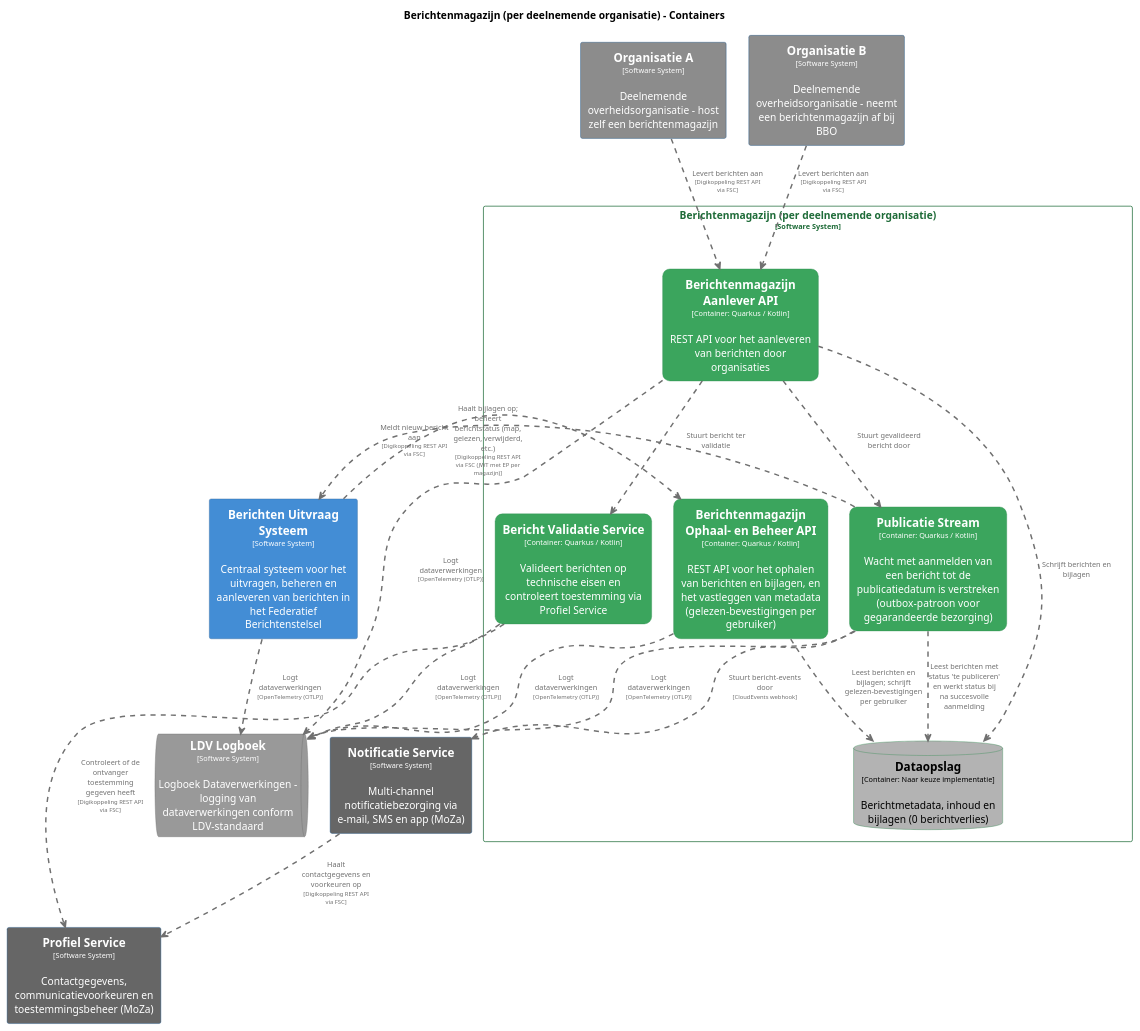
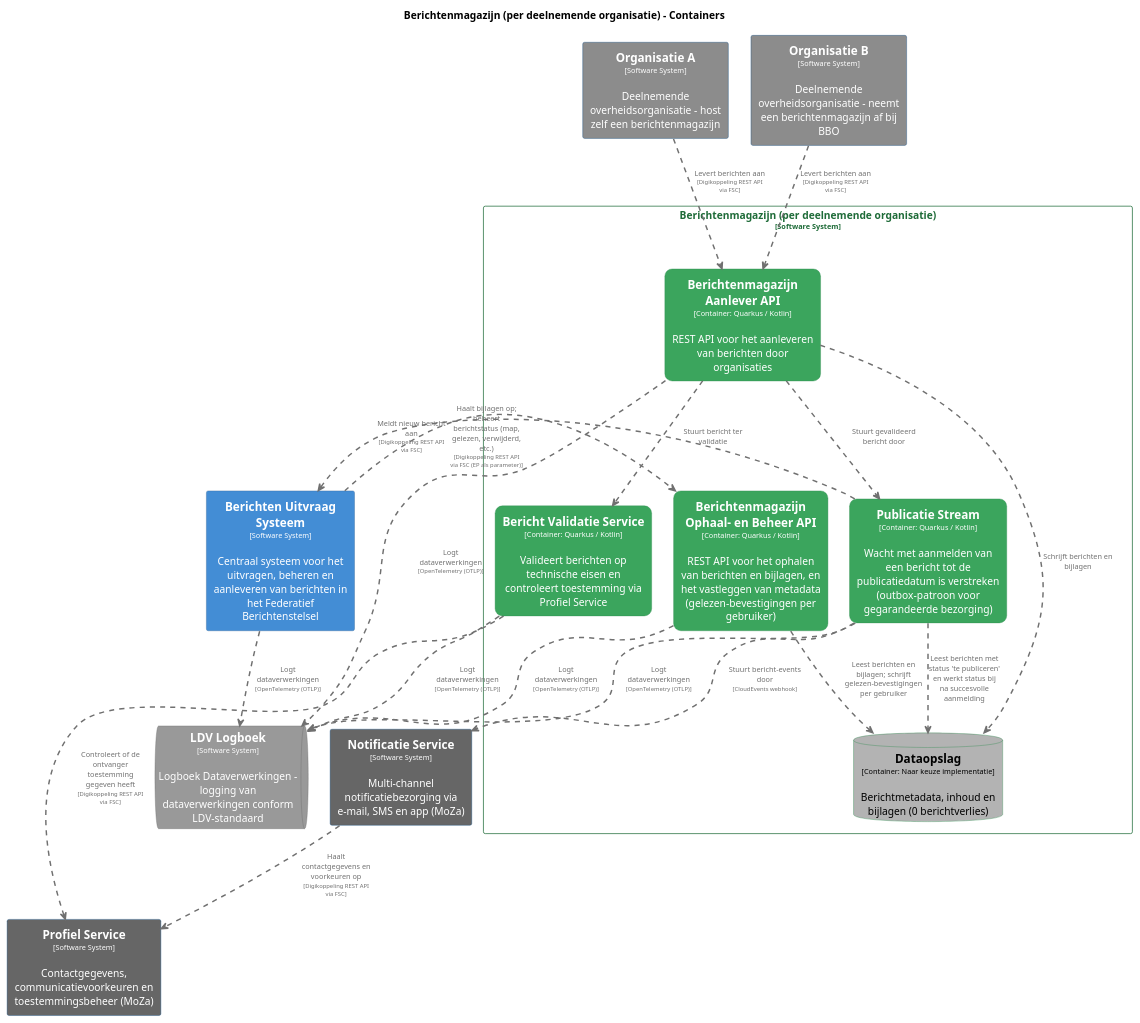
The diagram in pr-preview/pr-22/master/puml/BerichtenmagazijnContainers.puml (MinBZK/moza-poc-fbs-berichtenbox), drawn with PlantUML before and after one commit. The commit also changed 22 other files, not shown here.

```diff
--- a/pr-preview/pr-22/master/puml/BerichtenmagazijnContainers.puml
+++ b/pr-preview/pr-22/master/puml/BerichtenmagazijnContainers.puml
@@ -1,126 +1,126 @@
 @startuml
 set separator none
 title Berichtenmagazijn (per deelnemende organisatie) - Containers
 
 top to bottom direction
 skinparam ranksep 60
 skinparam nodesep 30
 
 skinparam {
   arrowFontSize 10
   defaultTextAlignment center
   wrapWidth 200
   maxMessageSize 100
 }
 
 hide stereotype
 
 skinparam rectangle<<Berichtenmagazijnperdeelnemendeorganisatie.BerichtValidatieService>> {
   BackgroundColor #3ba55d
   FontColor #ffffff
   BorderColor #2d8a4e
   roundCorner 20
   shadowing false
 }
 skinparam rectangle<<BerichtenUitvraagSysteem>> {
   BackgroundColor #438dd5
   FontColor #ffffff
   BorderColor #2e6295
   shadowing false
 }
 skinparam rectangle<<Berichtenmagazijnperdeelnemendeorganisatie.BerichtenmagazijnAanleverAPI>> {
   BackgroundColor #3ba55d
   FontColor #ffffff
   BorderColor #2d8a4e
   roundCorner 20
   shadowing false
 }
 skinparam rectangle<<Berichtenmagazijnperdeelnemendeorganisatie.BerichtenmagazijnOphaalenBeheerAPI>> {
   BackgroundColor #3ba55d
   FontColor #ffffff
   BorderColor #2d8a4e
   roundCorner 20
   shadowing false
 }
 skinparam database<<Berichtenmagazijnperdeelnemendeorganisatie.Dataopslag>> {
   BackgroundColor #b3b3b3
   FontColor #000000
   BorderColor #2d8a4e
   shadowing false
 }
 skinparam queue<<LDVLogboek>> {
   BackgroundColor #999999
   FontColor #ffffff
   BorderColor #6b6b6b
   shadowing false
 }
 skinparam rectangle<<NotificatieService>> {
   BackgroundColor #666666
   FontColor #ffffff
   BorderColor #0b4884
   shadowing false
 }
 skinparam rectangle<<OrganisatieA>> {
   BackgroundColor #8c8c8c
   FontColor #ffffff
   BorderColor #0b4884
   shadowing false
 }
 skinparam rectangle<<OrganisatieB>> {
   BackgroundColor #8c8c8c
   FontColor #ffffff
   BorderColor #0b4884
   shadowing false
 }
 skinparam rectangle<<ProfielService>> {
   BackgroundColor #666666
   FontColor #ffffff
   BorderColor #0b4884
   shadowing false
 }
 skinparam rectangle<<Berichtenmagazijnperdeelnemendeorganisatie.PublicatieStream>> {
   BackgroundColor #3ba55d
   FontColor #ffffff
   BorderColor #2d8a4e
   roundCorner 20
   shadowing false
 }
 skinparam rectangle<<Berichtenmagazijnperdeelnemendeorganisatie>> {
   BorderColor #1e6b38
   FontColor #1e6b38
   shadowing false
 }
 
 rectangle "==Profiel Service\n<size:10>[Software System]</size>\n\nContactgegevens, communicatievoorkeuren en toestemmingsbeheer (MoZa)" <<ProfielService>> as ProfielService
 rectangle "==Notificatie Service\n<size:10>[Software System]</size>\n\nMulti-channel notificatiebezorging via e-mail, SMS en app (MoZa)" <<NotificatieService>> as NotificatieService
 rectangle "==Organisatie A\n<size:10>[Software System]</size>\n\nDeelnemende overheidsorganisatie - host zelf een berichtenmagazijn" <<OrganisatieA>> as OrganisatieA
 rectangle "==Organisatie B\n<size:10>[Software System]</size>\n\nDeelnemende overheidsorganisatie - neemt een berichtenmagazijn af bij BBO" <<OrganisatieB>> as OrganisatieB
 rectangle "==Berichten Uitvraag Systeem\n<size:10>[Software System]</size>\n\nCentraal systeem voor het uitvragen, beheren en aanleveren van berichten in het Federatief Berichtenstelsel" <<BerichtenUitvraagSysteem>> as BerichtenUitvraagSysteem
 queue "==LDV Logboek\n<size:10>[Software System]</size>\n\nLogboek Dataverwerkingen - logging van dataverwerkingen conform LDV-standaard" <<LDVLogboek>> as LDVLogboek
 
 rectangle "Berichtenmagazijn (per deelnemende organisatie)\n<size:10>[Software System]</size>" <<Berichtenmagazijnperdeelnemendeorganisatie>> {
   rectangle "==Berichtenmagazijn Ophaal- en Beheer API\n<size:10>[Container: Quarkus / Kotlin]</size>\n\nREST API voor het ophalen van berichten en bijlagen, en het vastleggen van metadata (gelezen-bevestigingen per gebruiker)" <<Berichtenmagazijnperdeelnemendeorganisatie.BerichtenmagazijnOphaalenBeheerAPI>> as Berichtenmagazijnperdeelnemendeorganisatie.BerichtenmagazijnOphaalenBeheerAPI
   rectangle "==Berichtenmagazijn Aanlever API\n<size:10>[Container: Quarkus / Kotlin]</size>\n\nREST API voor het aanleveren van berichten door organisaties" <<Berichtenmagazijnperdeelnemendeorganisatie.BerichtenmagazijnAanleverAPI>> as Berichtenmagazijnperdeelnemendeorganisatie.BerichtenmagazijnAanleverAPI
   database "==Dataopslag\n<size:10>[Container: Naar keuze implementatie]</size>\n\nBerichtmetadata, inhoud en bijlagen (0 berichtverlies)" <<Berichtenmagazijnperdeelnemendeorganisatie.Dataopslag>> as Berichtenmagazijnperdeelnemendeorganisatie.Dataopslag
   rectangle "==Bericht Validatie Service\n<size:10>[Container: Quarkus / Kotlin]</size>\n\nValideert berichten op technische eisen en controleert toestemming via Profiel Service" <<Berichtenmagazijnperdeelnemendeorganisatie.BerichtValidatieService>> as Berichtenmagazijnperdeelnemendeorganisatie.BerichtValidatieService
   rectangle "==Publicatie Stream\n<size:10>[Container: Quarkus / Kotlin]</size>\n\nWacht met aanmelden van een bericht tot de publicatiedatum is verstreken (outbox-patroon voor gegarandeerde bezorging)" <<Berichtenmagazijnperdeelnemendeorganisatie.PublicatieStream>> as Berichtenmagazijnperdeelnemendeorganisatie.PublicatieStream
 }
 
 Berichtenmagazijnperdeelnemendeorganisatie.BerichtenmagazijnOphaalenBeheerAPI .[#707070,thickness=2].> LDVLogboek : "<color:#707070>Logt dataverwerkingen\n<color:#707070><size:8>[OpenTelemetry (OTLP)]</size>"
 Berichtenmagazijnperdeelnemendeorganisatie.BerichtenmagazijnAanleverAPI .[#707070,thickness=2].> LDVLogboek : "<color:#707070>Logt dataverwerkingen\n<color:#707070><size:8>[OpenTelemetry (OTLP)]</size>"
 Berichtenmagazijnperdeelnemendeorganisatie.BerichtValidatieService .[#707070,thickness=2].> LDVLogboek : "<color:#707070>Logt dataverwerkingen\n<color:#707070><size:8>[OpenTelemetry (OTLP)]</size>"
 BerichtenUitvraagSysteem .[#707070,thickness=2].> LDVLogboek : "<color:#707070>Logt dataverwerkingen\n<color:#707070><size:8>[OpenTelemetry (OTLP)]</size>"
 Berichtenmagazijnperdeelnemendeorganisatie.PublicatieStream .[#707070,thickness=2].> LDVLogboek : "<color:#707070>Logt dataverwerkingen\n<color:#707070><size:8>[OpenTelemetry (OTLP)]</size>"
 Berichtenmagazijnperdeelnemendeorganisatie.BerichtenmagazijnOphaalenBeheerAPI .[#707070,thickness=2].> Berichtenmagazijnperdeelnemendeorganisatie.Dataopslag : "<color:#707070>Leest berichten en bijlagen; schrijft gelezen-bevestigingen per gebruiker"
 Berichtenmagazijnperdeelnemendeorganisatie.BerichtenmagazijnAanleverAPI .[#707070,thickness=2].> Berichtenmagazijnperdeelnemendeorganisatie.Dataopslag : "<color:#707070>Schrijft berichten en bijlagen"
 Berichtenmagazijnperdeelnemendeorganisatie.BerichtenmagazijnAanleverAPI .[#707070,thickness=2].> Berichtenmagazijnperdeelnemendeorganisatie.BerichtValidatieService : "<color:#707070>Stuurt bericht ter validatie"
 Berichtenmagazijnperdeelnemendeorganisatie.BerichtenmagazijnAanleverAPI .[#707070,thickness=2].> Berichtenmagazijnperdeelnemendeorganisatie.PublicatieStream : "<color:#707070>Stuurt gevalideerd bericht door"
 Berichtenmagazijnperdeelnemendeorganisatie.PublicatieStream .[#707070,thickness=2].> Berichtenmagazijnperdeelnemendeorganisatie.Dataopslag : "<color:#707070>Leest berichten met status 'te publiceren' en werkt status bij na succesvolle aanmelding"
-BerichtenUitvraagSysteem .[#707070,thickness=2].> Berichtenmagazijnperdeelnemendeorganisatie.BerichtenmagazijnOphaalenBeheerAPI : "<color:#707070>Haalt bijlagen op; beheert berichtstatus (map, gelezen, verwijderd, etc.)\n<color:#707070><size:8>[Digikoppeling REST API via FSC (JWT met EP per magazijn)]</size>"
+BerichtenUitvraagSysteem .[#707070,thickness=2].> Berichtenmagazijnperdeelnemendeorganisatie.BerichtenmagazijnOphaalenBeheerAPI : "<color:#707070>Haalt bijlagen op; beheert berichtstatus (map, gelezen, verwijderd, etc.)\n<color:#707070><size:8>[Digikoppeling REST API via FSC (EP als parameter)]</size>"
 Berichtenmagazijnperdeelnemendeorganisatie.PublicatieStream .[#707070,thickness=2].> BerichtenUitvraagSysteem : "<color:#707070>Meldt nieuw bericht aan\n<color:#707070><size:8>[Digikoppeling REST API via FSC]</size>"
 Berichtenmagazijnperdeelnemendeorganisatie.PublicatieStream .[#707070,thickness=2].> NotificatieService : "<color:#707070>Stuurt bericht-events door\n<color:#707070><size:8>[CloudEvents webhook]</size>"
 NotificatieService .[#707070,thickness=2].> ProfielService : "<color:#707070>Haalt contactgegevens en voorkeuren op\n<color:#707070><size:8>[Digikoppeling REST API via FSC]</size>"
 OrganisatieA .[#707070,thickness=2].> Berichtenmagazijnperdeelnemendeorganisatie.BerichtenmagazijnAanleverAPI : "<color:#707070>Levert berichten aan\n<color:#707070><size:8>[Digikoppeling REST API via FSC]</size>"
 OrganisatieB .[#707070,thickness=2].> Berichtenmagazijnperdeelnemendeorganisatie.BerichtenmagazijnAanleverAPI : "<color:#707070>Levert berichten aan\n<color:#707070><size:8>[Digikoppeling REST API via FSC]</size>"
 Berichtenmagazijnperdeelnemendeorganisatie.BerichtValidatieService .[#707070,thickness=2].> ProfielService : "<color:#707070>Controleert of de ontvanger toestemming gegeven heeft\n<color:#707070><size:8>[Digikoppeling REST API via FSC]</size>"
 @enduml
```
